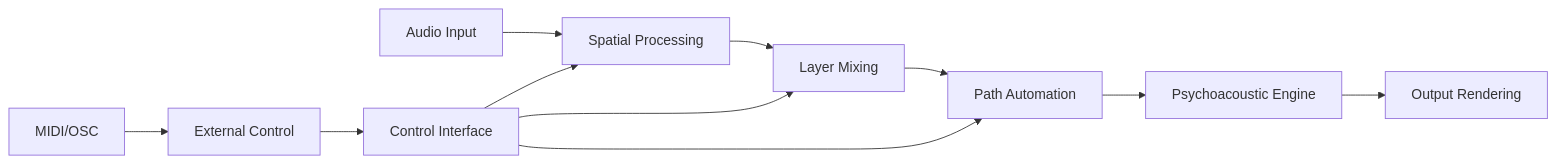
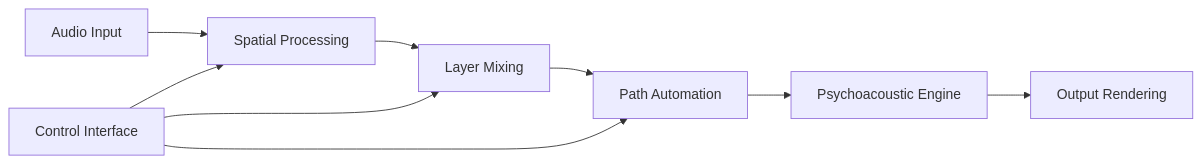
Before and after one commit to statesflowwishes-sketch/4a3C5u2S7T1i3C: the second of 9 diagrams in README.md, drawn with Mermaid. The commit also changed other lines of this file, not shown here.

First line of the commit message:
🔧 Fix Mermaid Rendering Issues: Simplified Complex Diagrams

````diff
--- a/README.md
+++ b/README.md
@@ -160,15 +159,12 @@
 ```mermaid
-graph LR
+flowchart LR
     A[Audio Input] --> B[Spatial Processing]
     B --> C[Layer Mixing]
     C --> D[Path Automation]
     D --> E[Psychoacoustic Engine]
     E --> F[Output Rendering]
     
     G[Control Interface] --> B
     G --> C
     G --> D
-    
-    H[External Control] --> G
-    I[MIDI/OSC] --> H
 ```
````
